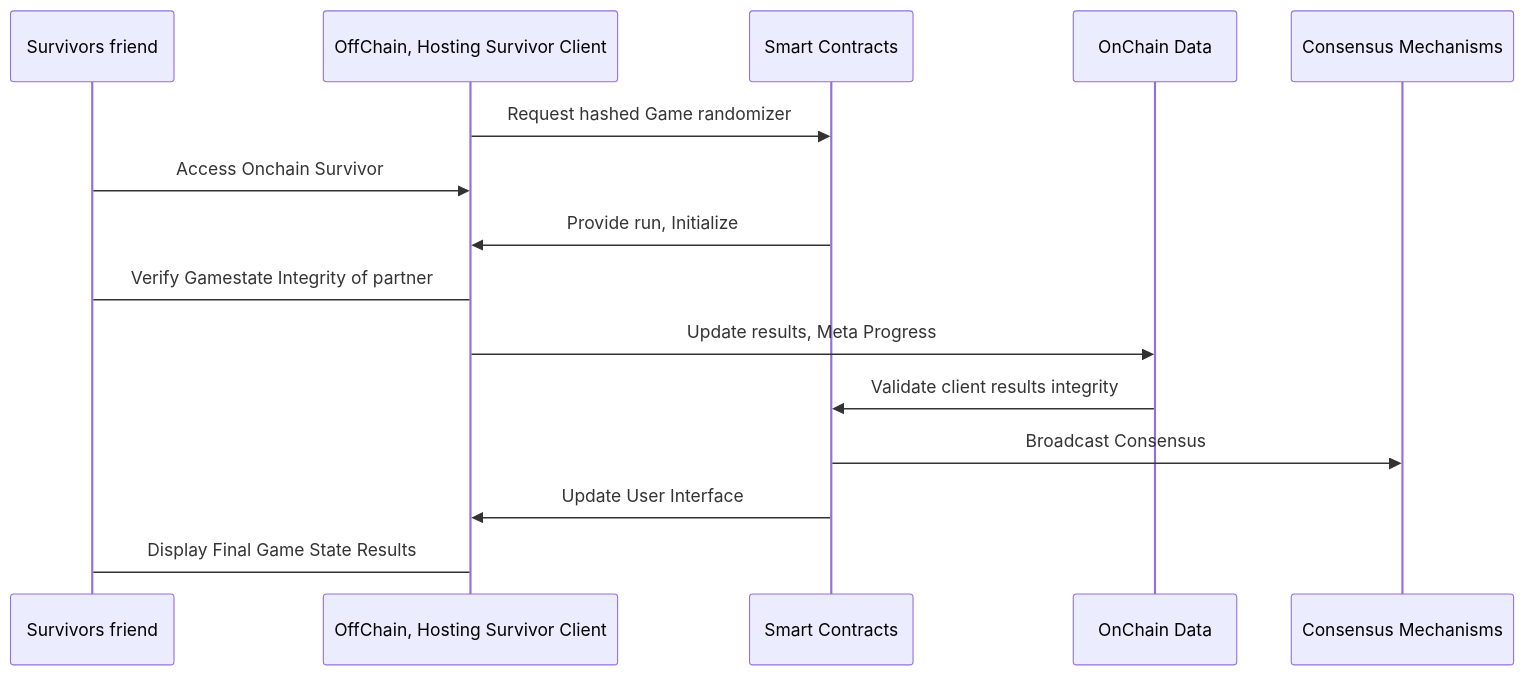
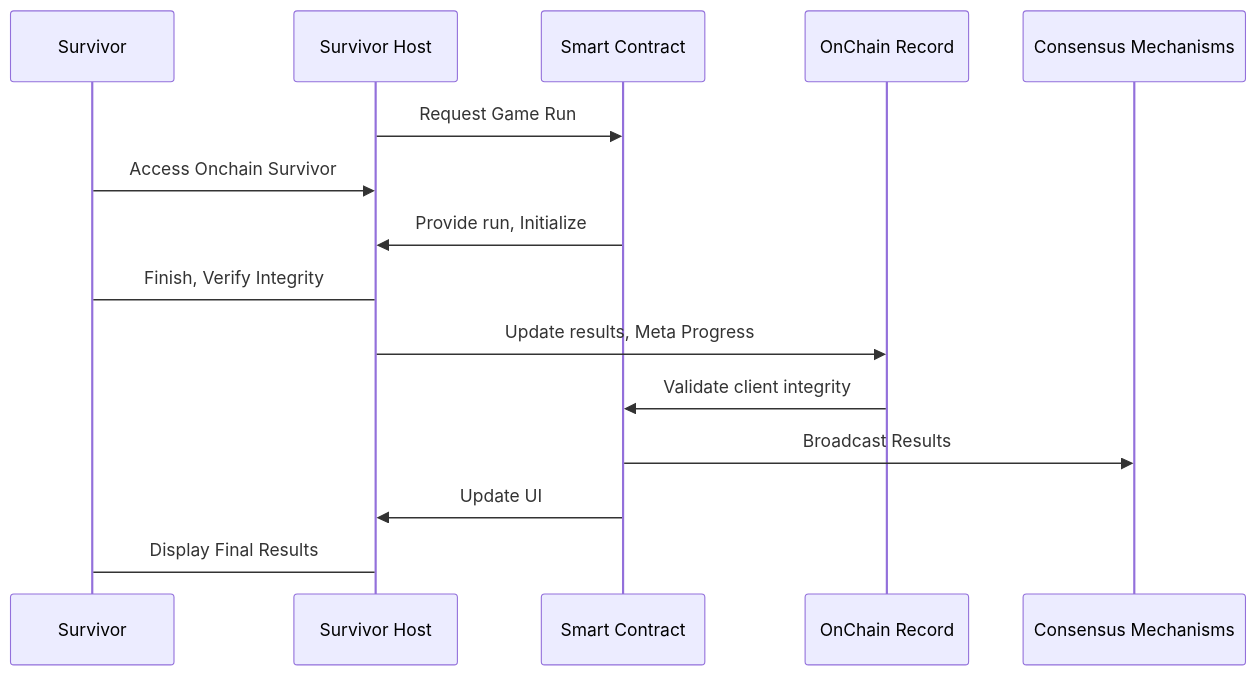
The second of 2 diagrams in README.md (OnChainSurvivor/OnChainSurvivor), drawn with Mermaid before and after one commit. The commit also changed other lines of this file, not shown here.

````diff
--- a/README.md
+++ b/README.md
@@ -53,17 +54,17 @@
 ```mermaid
-sequenceDiagram
-    participant User as Survivors friend
-    participant Client as OffChain, Hosting Survivor Client
-    participant SmartContract as Smart Contracts
-    participant OnChainData as OnChain Data
+   sequenceDiagram
+    participant User as Survivor
+    participant Client as Survivor Host
+    participant SmartContract as Smart Contract
+    participant OnChainData as OnChain Record
     participant Consensus as Consensus Mechanisms
-    Client ->> SmartContract: Request hashed Game randomizer
+    Client ->> SmartContract: Request Game Run
     User ->> Client: Access Onchain Survivor
     SmartContract ->> Client: Provide run, Initialize
-    User -> Client: Verify Gamestate Integrity of partner
+    User -> Client: Finish, Verify Integrity
     Client ->> OnChainData: Update results, Meta Progress
-    OnChainData ->> SmartContract: Validate client results integrity
-    SmartContract ->> Consensus: Broadcast Consensus
-    SmartContract ->> Client: Update User Interface
-    Client -> User: Display Final Game State Results
+    OnChainData ->> SmartContract: Validate client integrity
+    SmartContract ->> Consensus: Broadcast Results
+    SmartContract ->> Client: Update UI
+    Client -> User: Display Final Results
 ```
````
